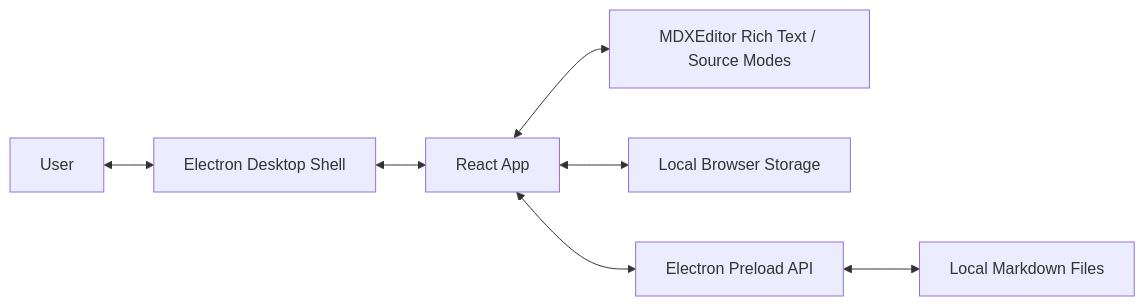
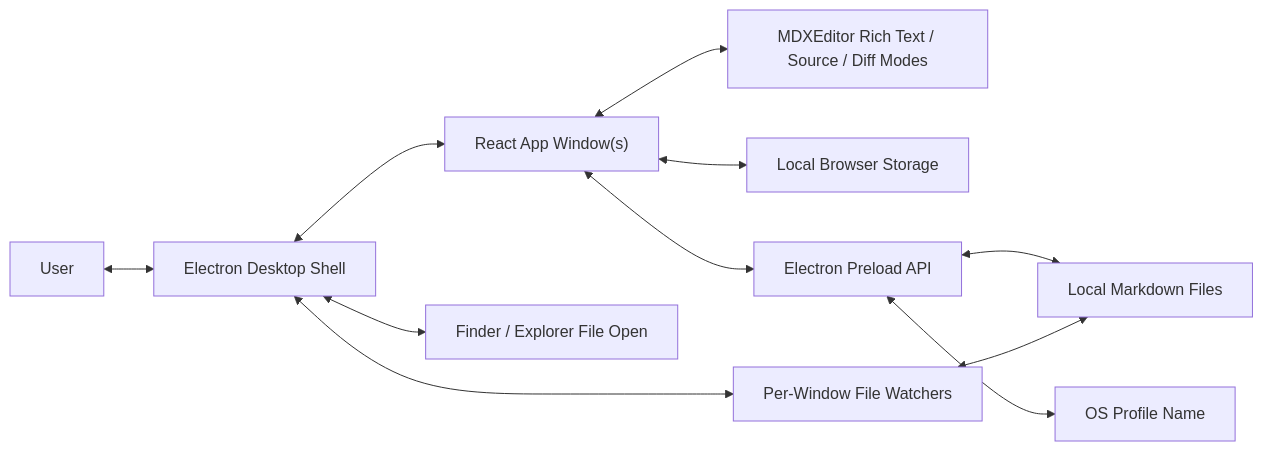
The diagram in ARCHITECTURE.md (umpecca/nexus), drawn with Mermaid before and after one commit. The commit also changed other lines of this file and 69 other files, not shown here.

````diff
--- a/ARCHITECTURE.md
+++ b/ARCHITECTURE.md
@@ -23,9 +38,13 @@
 ```mermaid
 flowchart LR
     User["User"] <--> Shell["Electron Desktop Shell"]
-    Shell <--> App["React App"]
-    App <--> Editor["MDXEditor Rich Text / Source Modes"]
+    Shell <--> App["React App Window(s)"]
+    App <--> Editor["MDXEditor Rich Text / Source / Diff Modes"]
     App <--> Storage["Local Browser Storage"]
     App <--> Bridge["Electron Preload API"]
     Bridge <--> Files["Local Markdown Files"]
+    Shell <--> Watcher["Per-Window File Watchers"]
+    Watcher <--> Files
+    Bridge <--> Profile["OS Profile Name"]
+    Shell <--> OSOpen["Finder / Explorer File Open"]
 ```
````
